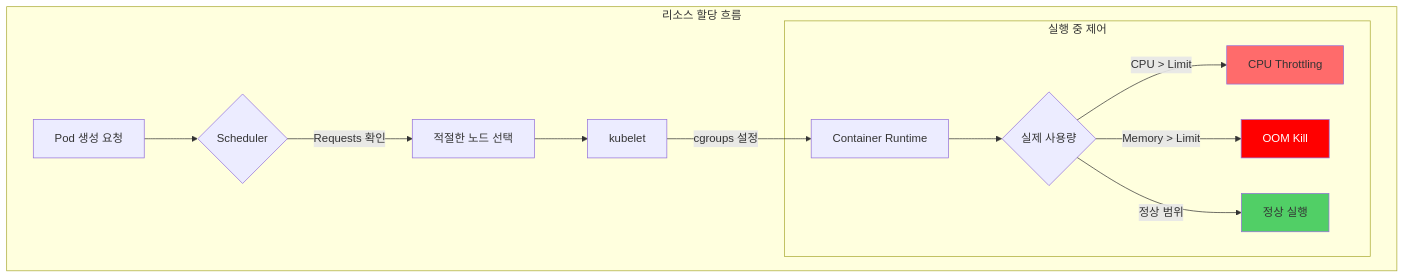
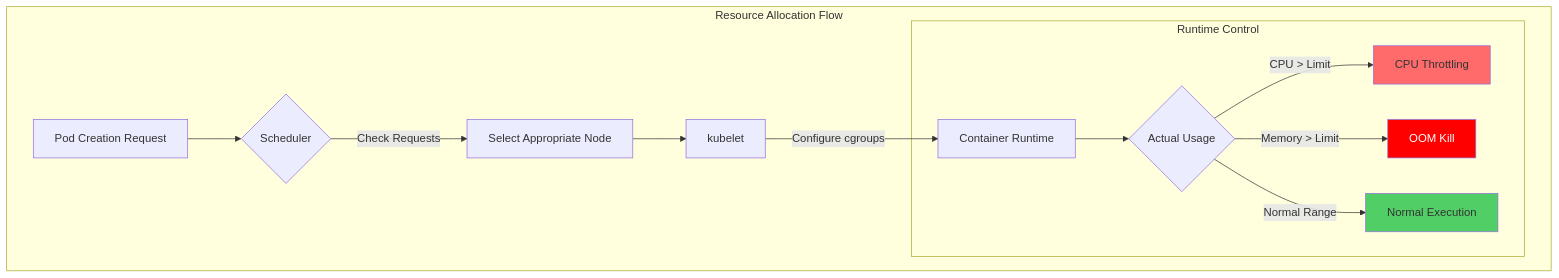
Before and after one commit to devfloor9/engineering-playbook: the first of 16 diagrams in i18n/en/docusaurus-plugin-content-docs/current/eks-best-practices/resource-cost/eks-resource-optimization.md, drawn with Mermaid. The commit also changed other lines of this file and 16 other files, not shown here.

````diff
--- a/i18n/en/docusaurus-plugin-content-docs/current/eks-best-practices/resource-cost/eks-resource-optimization.md
+++ b/i18n/en/docusaurus-plugin-content-docs/current/eks-best-practices/resource-cost/eks-resource-optimization.md
@@ -97,20 +97,20 @@
 ```mermaid
 graph TB
-    subgraph "리소스 할당 흐름"
-        A[Pod 생성 요청] --> B{Scheduler}
-        B -->|Requests 확인| C[적절한 노드 선택]
+    subgraph "Resource Allocation Flow"
+        A[Pod Creation Request] --> B{Scheduler}
+        B -->|Check Requests| C[Select Appropriate Node]
         C --> D[kubelet]
-        D -->|cgroups 설정| E[Container Runtime]
+        D -->|Configure cgroups| E[Container Runtime]
 
-        subgraph "실행 중 제어"
-            E --> F{실제 사용량}
+        subgraph "Runtime Control"
+            E --> F{Actual Usage}
             F -->|CPU > Limit| G[CPU Throttling]
             F -->|Memory > Limit| H[OOM Kill]
-            F -->|정상 범위| I[정상 실행]
+            F -->|Normal Range| I[Normal Execution]
         end
     end
 
     style G fill:#ff6b6b
     style H fill:#ff0000,color:#fff
     style I fill:#51cf66
 ```
````
